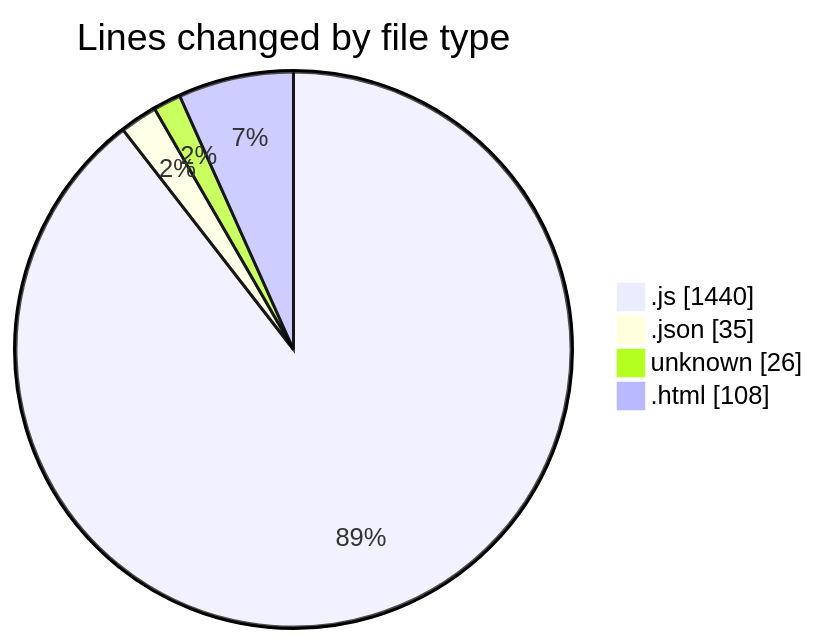
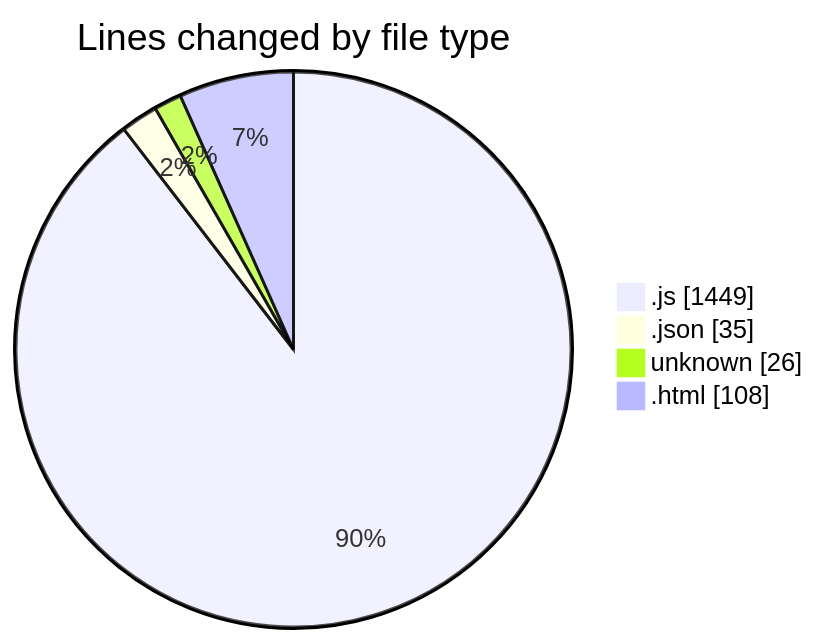
The first of 2 diagrams in 2026-02-20/bot_i_a/README.md (becaeroporto-bot/code-tracking), drawn with Mermaid before and after one commit. The commit also changed other lines of this file and 1 other file, not shown here.

````diff
--- a/2026-02-20/bot_i_a/README.md
+++ b/2026-02-20/bot_i_a/README.md
@@ -36,8 +37,8 @@
 ```mermaid
 pie showData
 title Lines changed by file type
-".js" : 1440
+".js" : 1449
 ".json" : 35
 "unknown" : 26
 ".html" : 108
 ```
````
